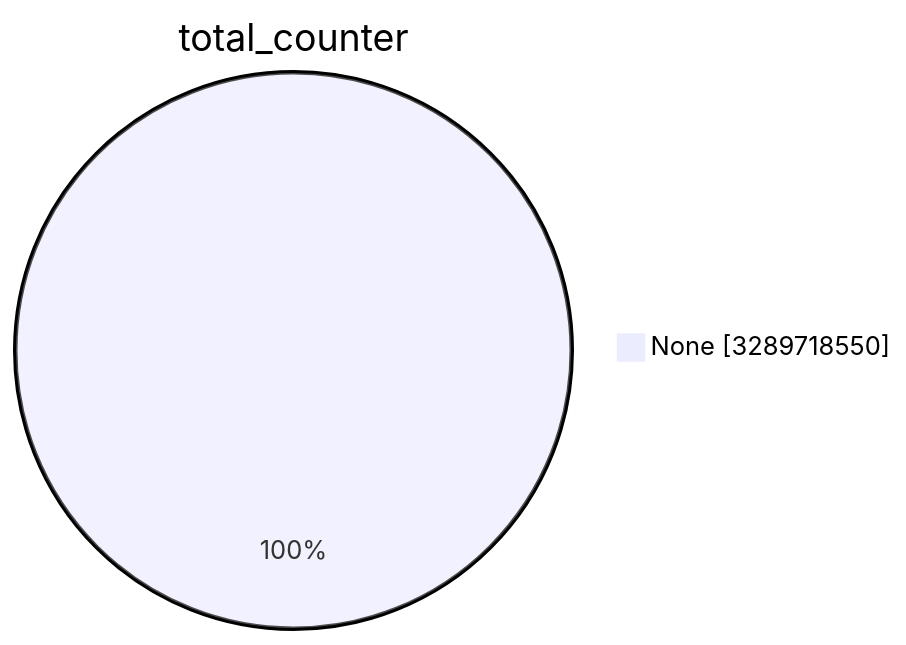
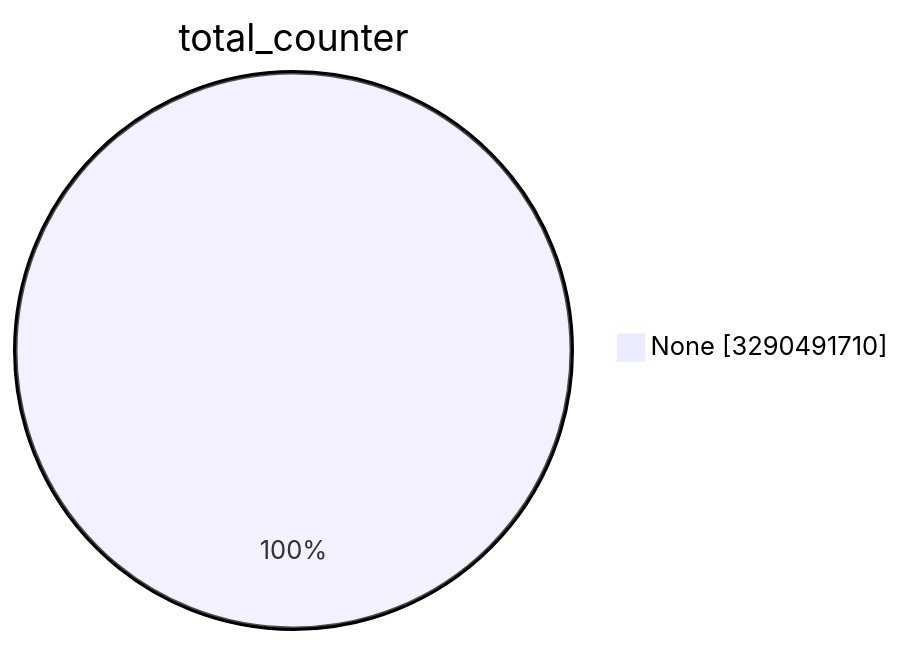
Before and after one commit to christiankrug/ctmonitor_visualization: the first of 15 diagrams in TOTAL/README.md, drawn with Mermaid. The commit also changed other lines of this file, not shown here.

````diff
--- a/TOTAL/README.md
+++ b/TOTAL/README.md
@@ -1,5 +1,5 @@
 ```mermaid
 pie showData
 title total_counter
-"None" :3289718550
+"None" :3290491710
 ```
````
